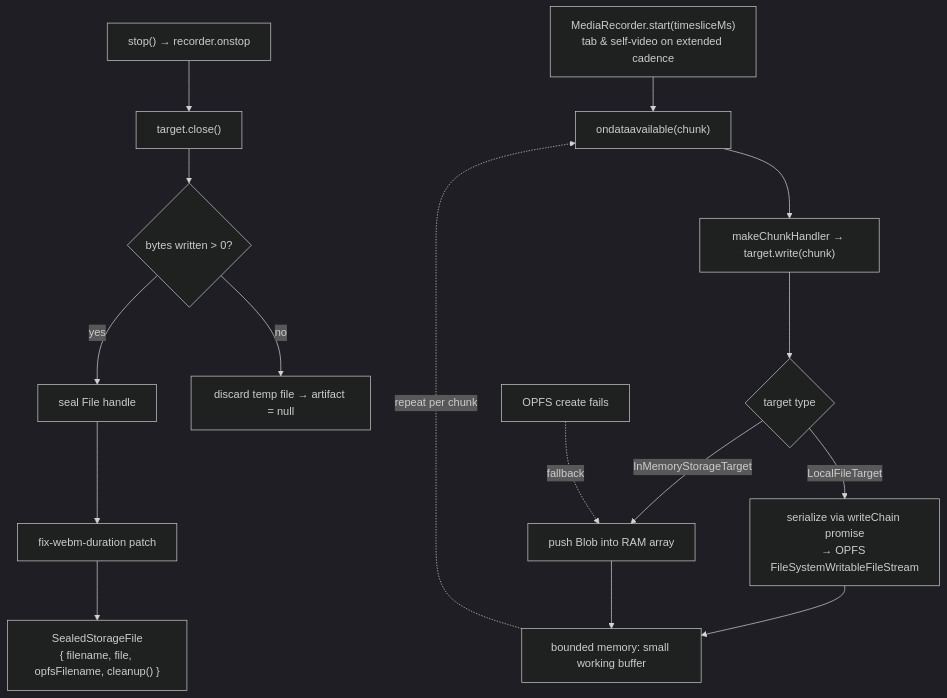
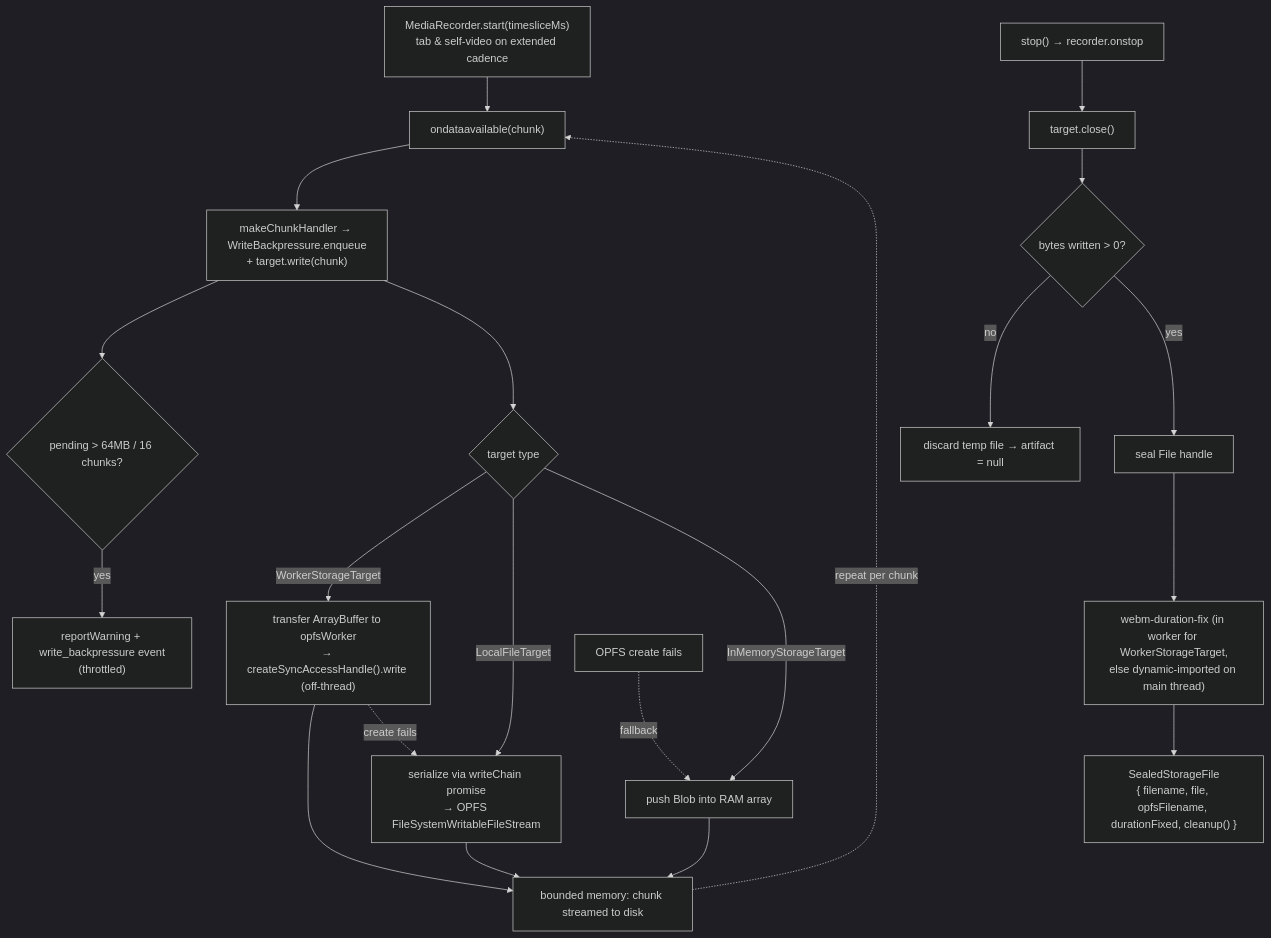
One commit to kstroevsky/chrome-meeting-recording-extension changed the tenth of 17 diagrams in README.md. Above: the diagram before and after it, drawn with Mermaid (dark theme). The commit also changed other lines of this file and 1 other file, not shown here.

````diff
--- a/README.md
+++ b/README.md
@@ -1470,20 +1477,25 @@
 ```mermaid
 flowchart TD
     A["MediaRecorder.start(timesliceMs)<br/>tab & self-video on extended cadence"] --> B["ondataavailable(chunk)"]
-    B --> C["makeChunkHandler → target.write(chunk)"]
+    B --> C["makeChunkHandler → WriteBackpressure.enqueue<br/>+ target.write(chunk)"]
+    C --> BP{"pending > 64MB / 16 chunks?"}
+    BP -->|yes| W["reportWarning + write_backpressure event<br/>(throttled)"]
     C --> D{"target type"}
+    D -->|WorkerStorageTarget| WK["transfer ArrayBuffer to opfsWorker<br/>→ createSyncAccessHandle().write (off-thread)"]
     D -->|LocalFileTarget| E["serialize via writeChain promise<br/>→ OPFS FileSystemWritableFileStream"]
     D -->|InMemoryStorageTarget| F["push Blob into RAM array"]
-    E --> G["bounded memory: small working buffer"]
+    WK --> G["bounded memory: chunk streamed to disk"]
+    E --> G
     F --> G
     G -.->|repeat per chunk| B
 
     H["stop() → recorder.onstop"] --> I["target.close()"]
     I --> J{"bytes written > 0?"}
     J -->|no| K["discard temp file → artifact = null"]
     J -->|yes| L["seal File handle"]
-    L --> M["fix-webm-duration patch"]
-    M --> N["SealedStorageFile<br/>{ filename, file, opfsFilename, cleanup() }"]
+    L --> M["webm-duration-fix (in worker for WorkerStorageTarget,<br/>else dynamic-imported on main thread)"]
+    M --> N["SealedStorageFile<br/>{ filename, file, opfsFilename, durationFixed, cleanup() }"]
 
+    WK -. create fails .-> E
     O["OPFS create fails"] -.->|fallback| F
 ```
````
